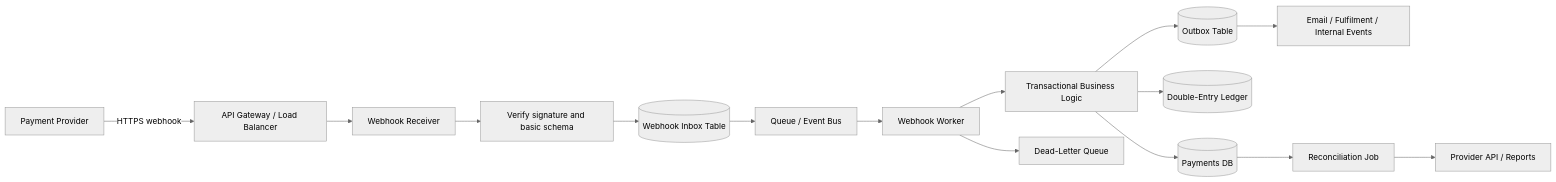
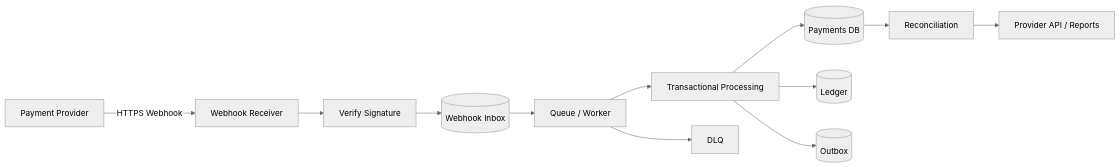
One commit to AvadhBhalodiya/Interview-Preparation changed the first of 4 diagrams in src/content/payments/webhooks-reliability.md. Above: the diagram before and after it, drawn with Mermaid (neutral theme). The commit also changed other lines of this file and 54 other files, not shown here.

````diff
--- a/src/content/payments/webhooks-reliability.md
+++ b/src/content/payments/webhooks-reliability.md
@@ -22,17 +23,14 @@
 ```mermaid
 flowchart LR
-    PSP[Payment Provider] -->|HTTPS webhook| GW[API Gateway / Load Balancer]
-    GW --> WH[Webhook Receiver]
-    WH --> V[Verify signature and basic schema]
-    V --> IN[(Webhook Inbox Table)]
-    IN --> Q[Queue / Event Bus]
-    Q --> WK[Webhook Worker]
-    WK --> TX[Transactional Business Logic]
+    PSP[Payment Provider] -->|HTTPS Webhook| API[Webhook Receiver]
+    API --> V[Verify Signature]
+    V --> IN[(Webhook Inbox)]
+    IN --> Q[Queue / Worker]
+    Q --> TX[Transactional Processing]
     TX --> PAY[(Payments DB)]
-    TX --> LED[(Double-Entry Ledger)]
-    TX --> OUT[(Outbox Table)]
-    OUT --> N[Email / Fulfilment / Internal Events]
-    WK --> DLQ[Dead-Letter Queue]
-    PAY --> REC[Reconciliation Job]
+    TX --> LED[(Ledger)]
+    TX --> OUT[(Outbox)]
+    Q --> DLQ[DLQ]
+    PAY --> REC[Reconciliation]
     REC --> PSPAPI[Provider API / Reports]
 ```
````
